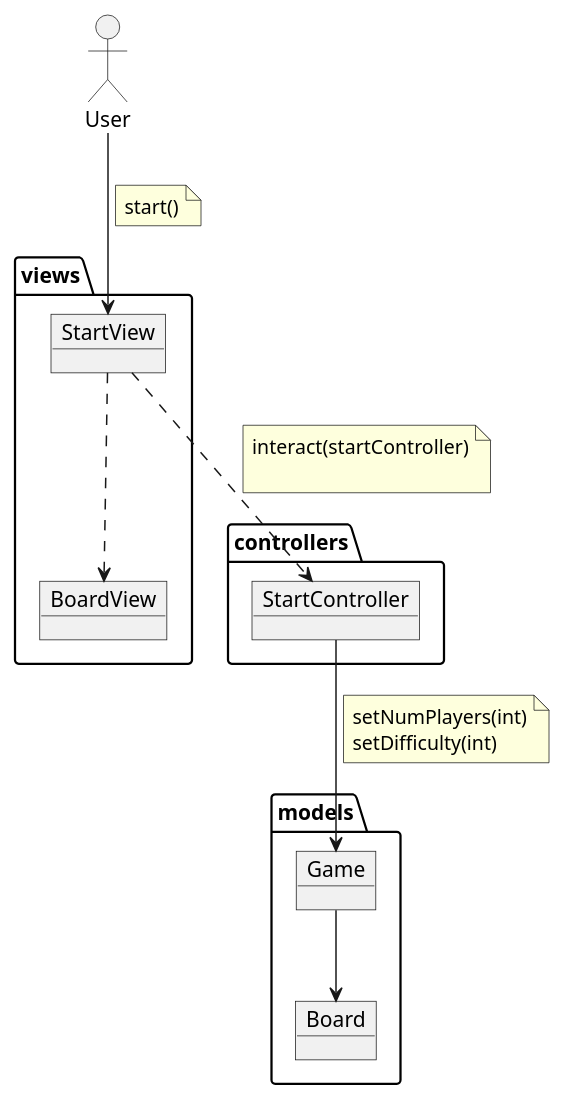
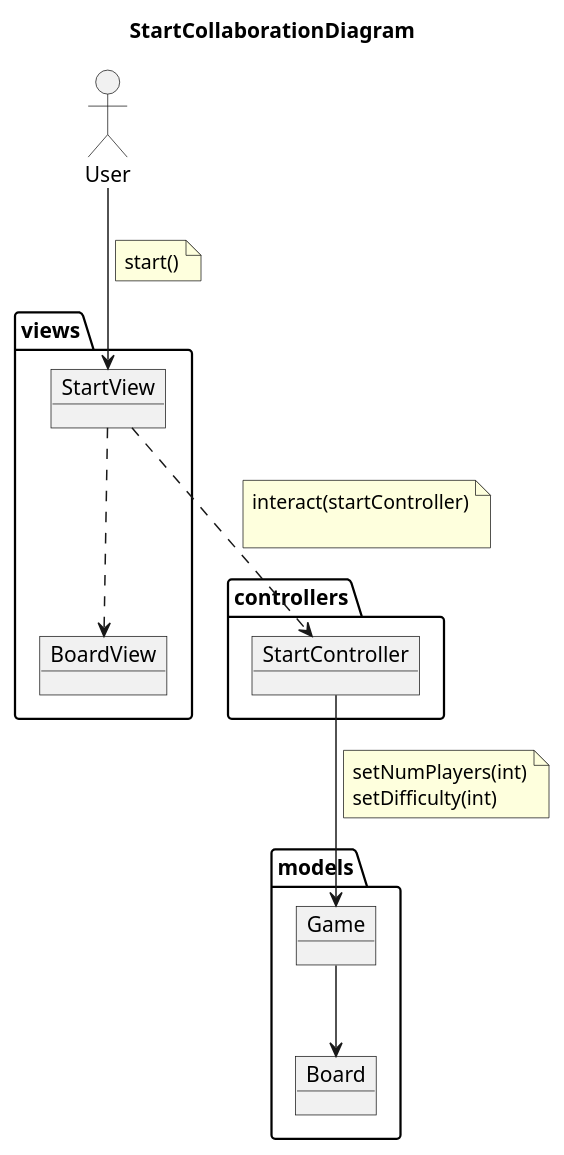
One commit to Master-Desarrollo-20-21/patrones-diseno---practica-final---juego-de-las-damas-fraylopez changed the diagram in docs/src/analysis/use-cases/start-colab.plantuml. Above: the diagram before and after it, drawn with PlantUML. The commit also changed 6 other files, not shown here.

```diff
--- a/docs/src/analysis/use-cases/start-colab.plantuml
+++ b/docs/src/analysis/use-cases/start-colab.plantuml
@@ -2,59 +2,60 @@
-@startuml start
+@startuml StartCollaborationDiagram
+title StartCollaborationDiagram
 allow_mixing
 
 actor User
 
 package controllers  {
 
     object  StartController{
 
     }
 }
 
 
 package models  {
 
     object  Board{
 
     }
 
     object Game{
 
     }
 
     Game --> Board
 
 }
 
 
 package views {
     object BoardView{
 
     }
 
     object StartView{
 
     }
 
 
 }
 
 User --> StartView
 note on link
     start()
 end note
 
 StartView ..> BoardView
 
 StartView ..> StartController
 note on link
     interact(startController)
 
 end note
 StartController --> Game
 note on link
     setNumPlayers(int)
     setDifficulty(int)
 end note
 
 @enduml
```
